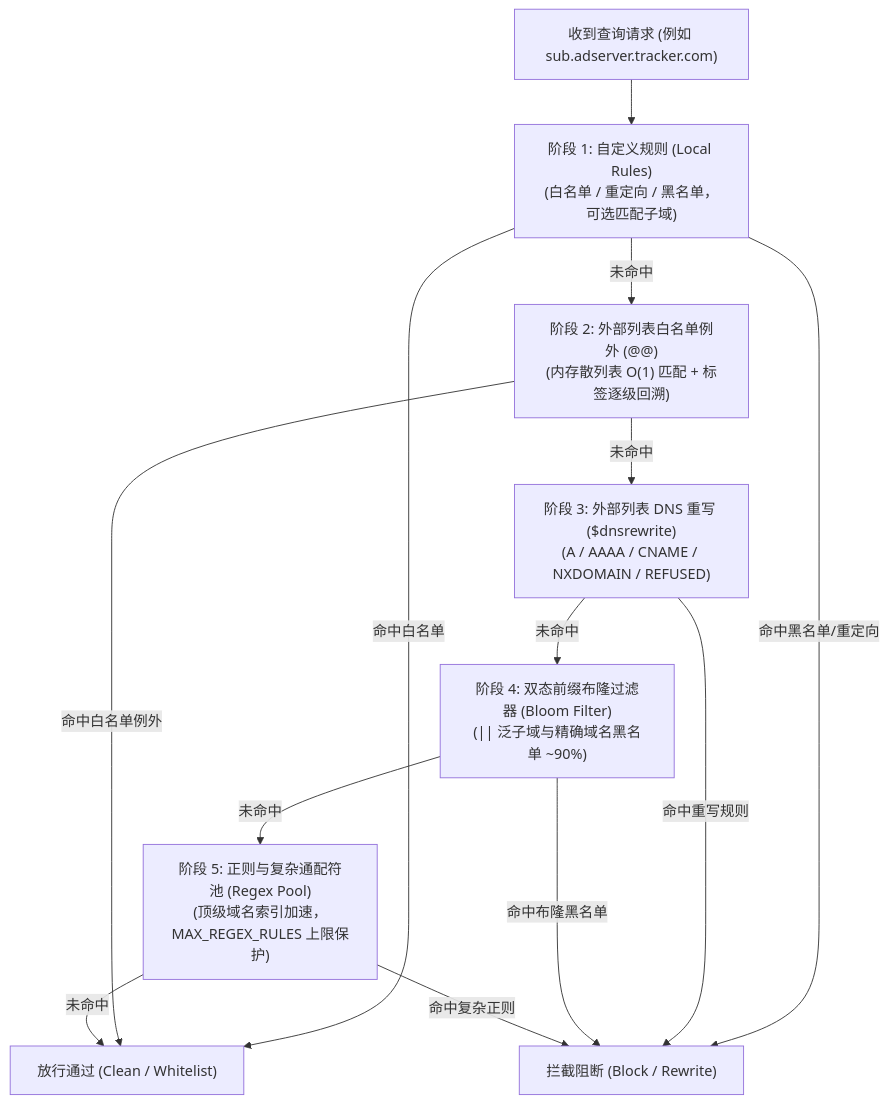
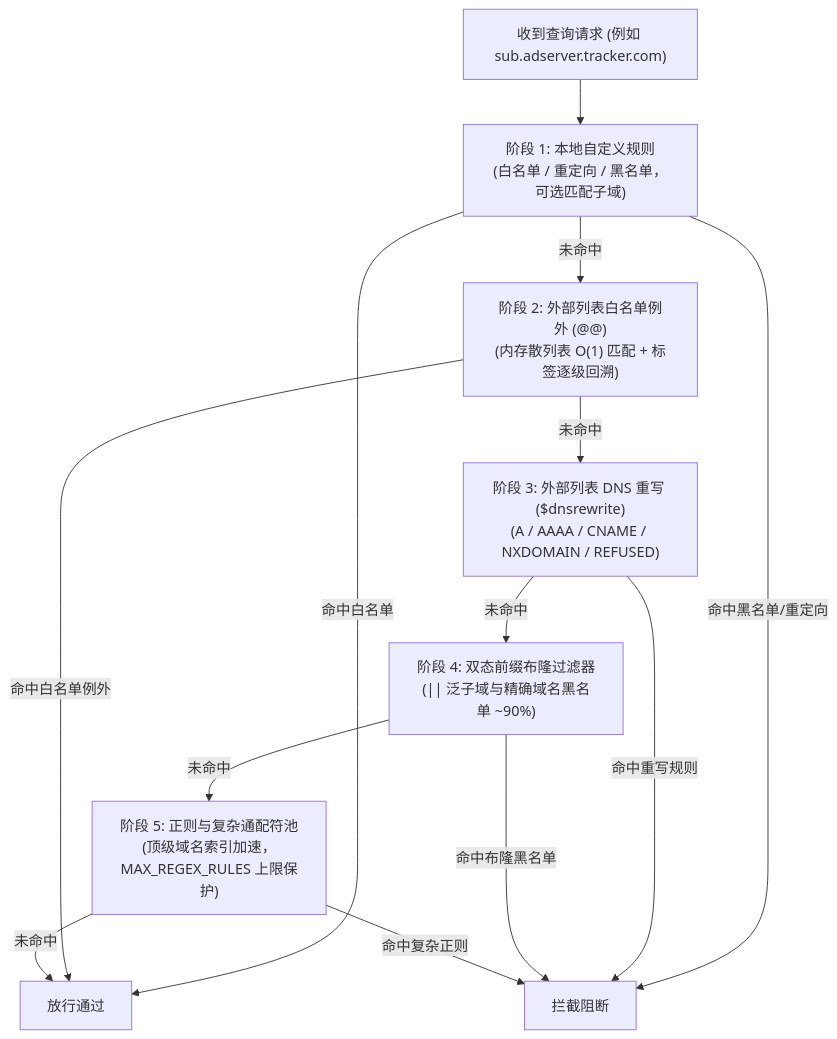
One commit to Obein/DNS-Worker changed the diagram in docs/src/content/docs/zh-cn/filtering/rules.mdx. Above: the diagram before and after it, drawn with Mermaid. The commit also changed other lines of this file and 18 other files, not shown here.

````diff
--- a/docs/src/content/docs/zh-cn/filtering/rules.mdx
+++ b/docs/src/content/docs/zh-cn/filtering/rules.mdx
@@ -104,28 +104,28 @@
 ```mermaid
 flowchart TD
     REQ["收到查询请求 (例如 sub.adserver.tracker.com)"]
-    L1["阶段 1: 自定义规则 (Local Rules)<br/>(白名单 / 重定向 / 黑名单，可选匹配子域)"]
+    L1["阶段 1: 本地自定义规则<br/>(白名单 / 重定向 / 黑名单，可选匹配子域)"]
     L2["阶段 2: 外部列表白名单例外 (@@)<br/>(内存散列表 O(1) 匹配 + 标签逐级回溯)"]
     L3["阶段 3: 外部列表 DNS 重写 ($dnsrewrite)<br/>(A / AAAA / CNAME / NXDOMAIN / REFUSED)"]
-    L4["阶段 4: 双态前缀布隆过滤器 (Bloom Filter)<br/>(|| 泛子域与精确域名黑名单 ~90%)"]
-    L5["阶段 5: 正则与复杂通配符池 (Regex Pool)<br/>(顶级域名索引加速，MAX_REGEX_RULES 上限保护)"]
-    PASS["放行通过 (Clean / Whitelist)"]
-    BLOCK["拦截阻断 (Block / Rewrite)"]
+    L4["阶段 4: 双态前缀布隆过滤器<br/>(|| 泛子域与精确域名黑名单 ~90%)"]
+    L5["阶段 5: 正则与复杂通配符池<br/>(顶级域名索引加速，MAX_REGEX_RULES 上限保护)"]
+    PASS["放行通过"]
+    BLOCK["拦截阻断"]
 
     REQ --> L1
     L1 -->|命中白名单| PASS
     L1 -->|命中黑名单/重定向| BLOCK
     L1 -->|未命中| L2
 
     L2 -->|命中白名单例外| PASS
     L2 -->|未命中| L3
 
     L3 -->|命中重写规则| BLOCK
     L3 -->|未命中| L4
 
     L4 -->|命中布隆黑名单| BLOCK
     L4 -->|未命中| L5
 
     L5 -->|命中复杂正则| BLOCK
     L5 -->|未命中| PASS
 ```
````
